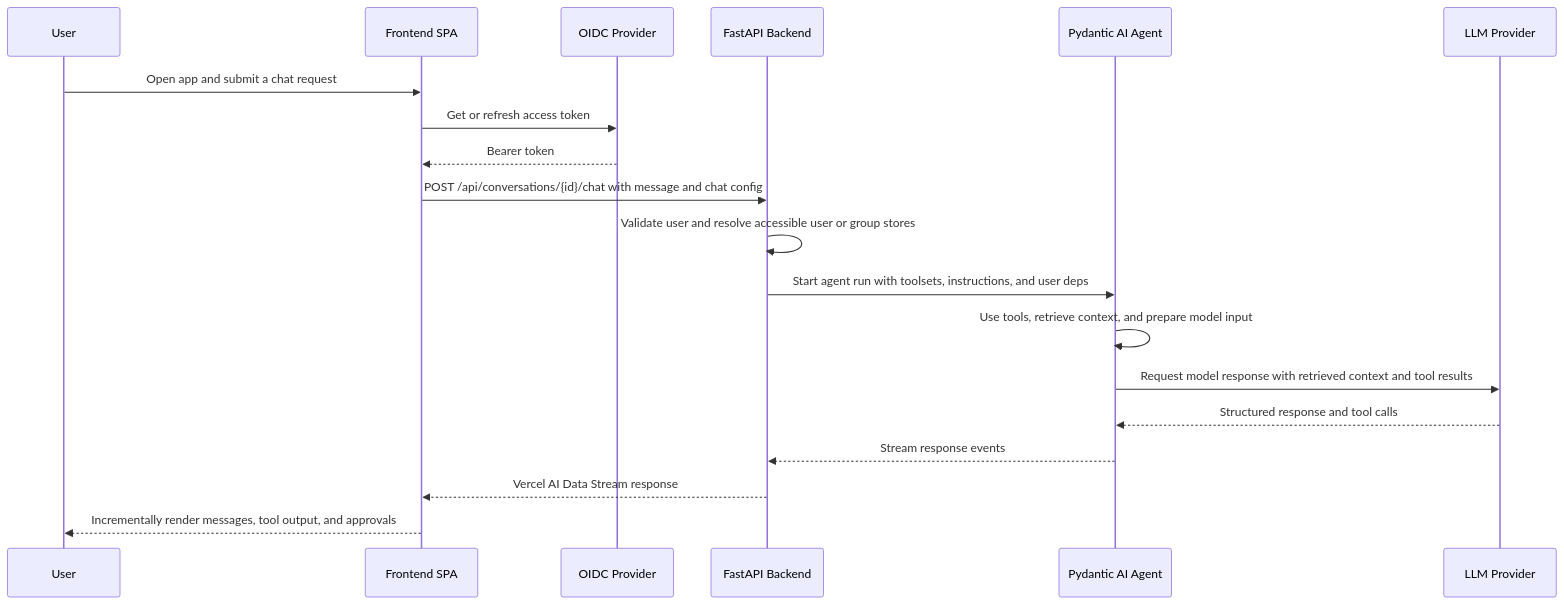
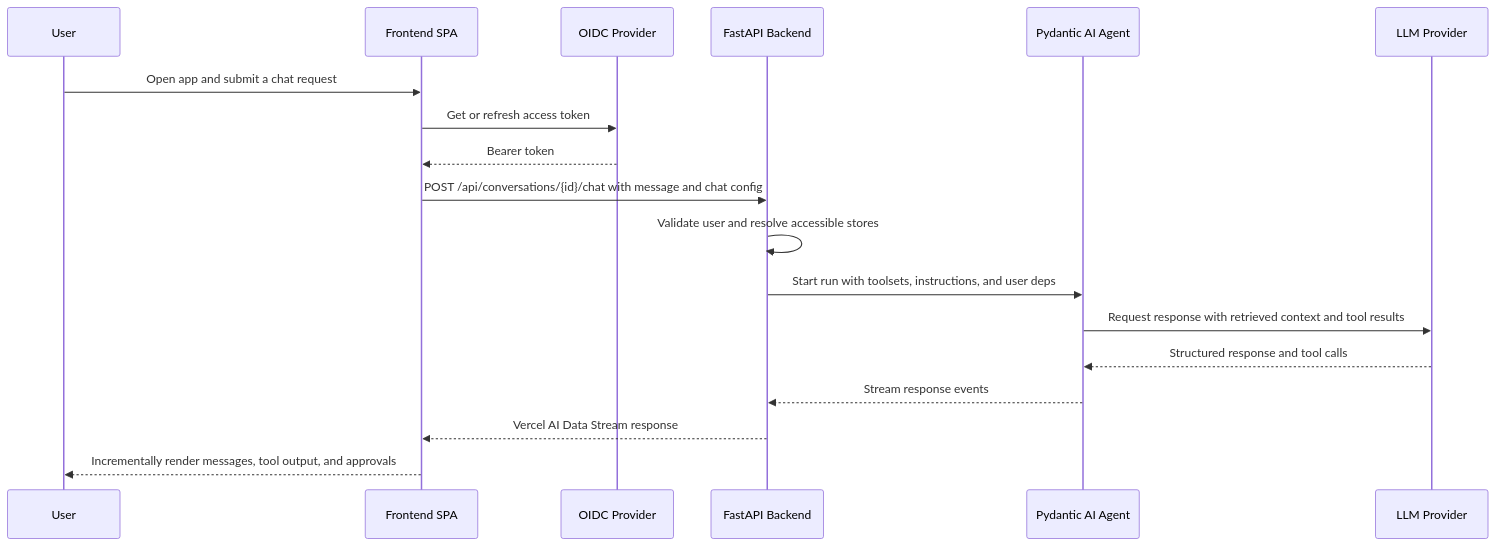
Before and after one commit to dfki-ebls/hivegent: the second of 3 diagrams in ARCHITECTURE.md, drawn with Mermaid. The commit also changed other lines of this file and 4 other files, not shown here.

````diff
--- a/ARCHITECTURE.md
+++ b/ARCHITECTURE.md
@@ -88,22 +65,21 @@
 ```mermaid
 sequenceDiagram
     participant end_user as User
     participant frontend_spa as Frontend SPA
     participant oidc_provider as OIDC Provider
     participant fastapi_backend as FastAPI Backend
-    participant pydantic_ai_agent as Pydantic AI Agent
+    participant agent as Pydantic AI Agent
     participant llm_provider as LLM Provider
 
     end_user->>frontend_spa: Open app and submit a chat request
     frontend_spa->>oidc_provider: Get or refresh access token
     oidc_provider-->>frontend_spa: Bearer token
     frontend_spa->>fastapi_backend: POST /api/conversations/{id}/chat with message and chat config
-    fastapi_backend->>fastapi_backend: Validate user and resolve accessible user or group stores
-    fastapi_backend->>pydantic_ai_agent: Start agent run with toolsets, instructions, and user deps
-    pydantic_ai_agent->>pydantic_ai_agent: Use tools, retrieve context, and prepare model input
-    pydantic_ai_agent->>llm_provider: Request model response with retrieved context and tool results
-    llm_provider-->>pydantic_ai_agent: Structured response and tool calls
-    pydantic_ai_agent-->>fastapi_backend: Stream response events
+    fastapi_backend->>fastapi_backend: Validate user and resolve accessible stores
+    fastapi_backend->>agent: Start run with toolsets, instructions, and user deps
+    agent->>llm_provider: Request response with retrieved context and tool results
+    llm_provider-->>agent: Structured response and tool calls
+    agent-->>fastapi_backend: Stream response events
     fastapi_backend-->>frontend_spa: Vercel AI Data Stream response
     frontend_spa-->>end_user: Incrementally render messages, tool output, and approvals
 ```
````
